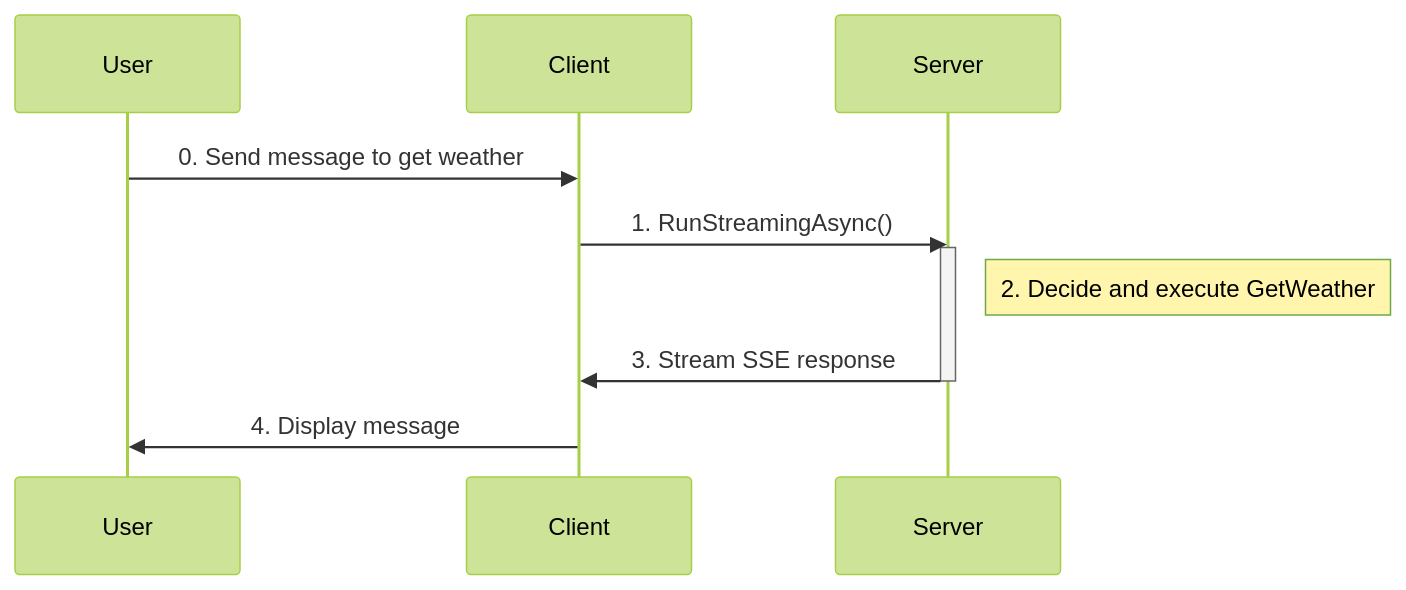
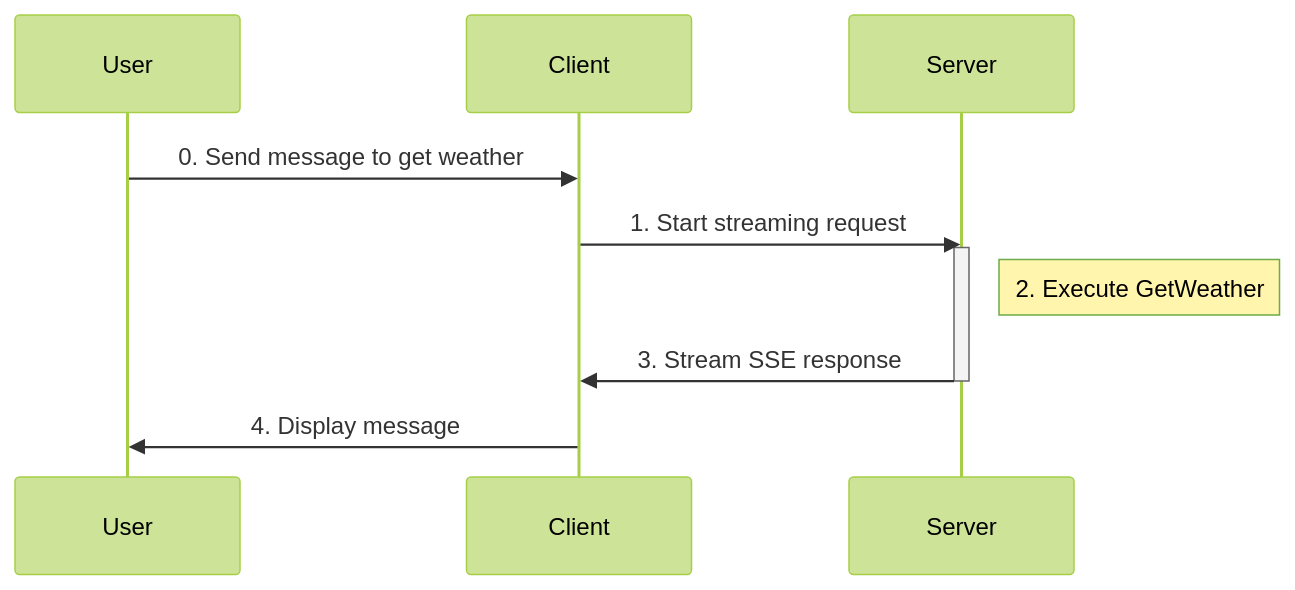
Before and after one commit to jasmin-software/dotnet_agui_workshop: the first of 2 diagrams in Workshop/3. Tools/README.md, drawn with Mermaid (forest theme). The commit also changed other lines of this file and 2 other files, not shown here.

Commit message:
clean up diagram

````diff
--- a/Workshop/3. Tools/README.md
+++ b/Workshop/3. Tools/README.md
@@ -25,10 +25,10 @@
 ```mermaid
 sequenceDiagram;
    User->>Client: 0. Send message to get weather
-   Client->>Server: 1. RunStreamingAsync()
+   Client->>Server: 1. Start streaming request
    activate Server
-   Note right of Server: 2. Decide and execute GetWeather
+   Note right of Server: 2. Execute GetWeather
    Server->>Client: 3. Stream SSE response
    deactivate Server
    Client->>User: 4. Display message
 ```
````
